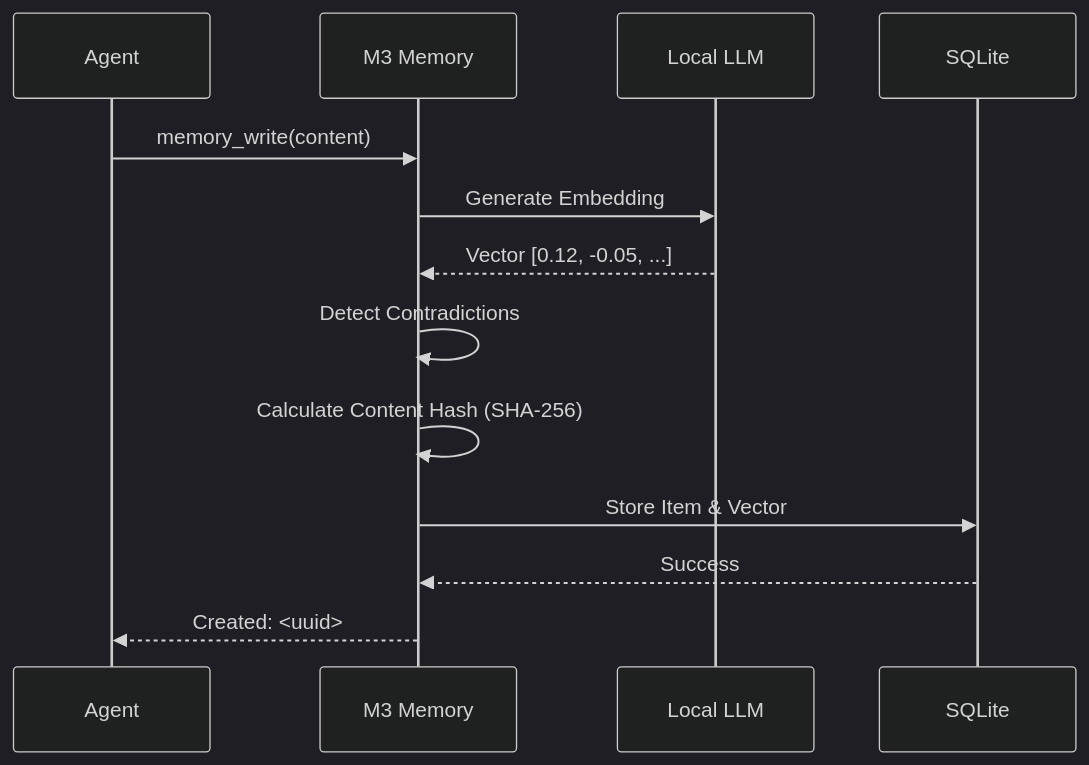
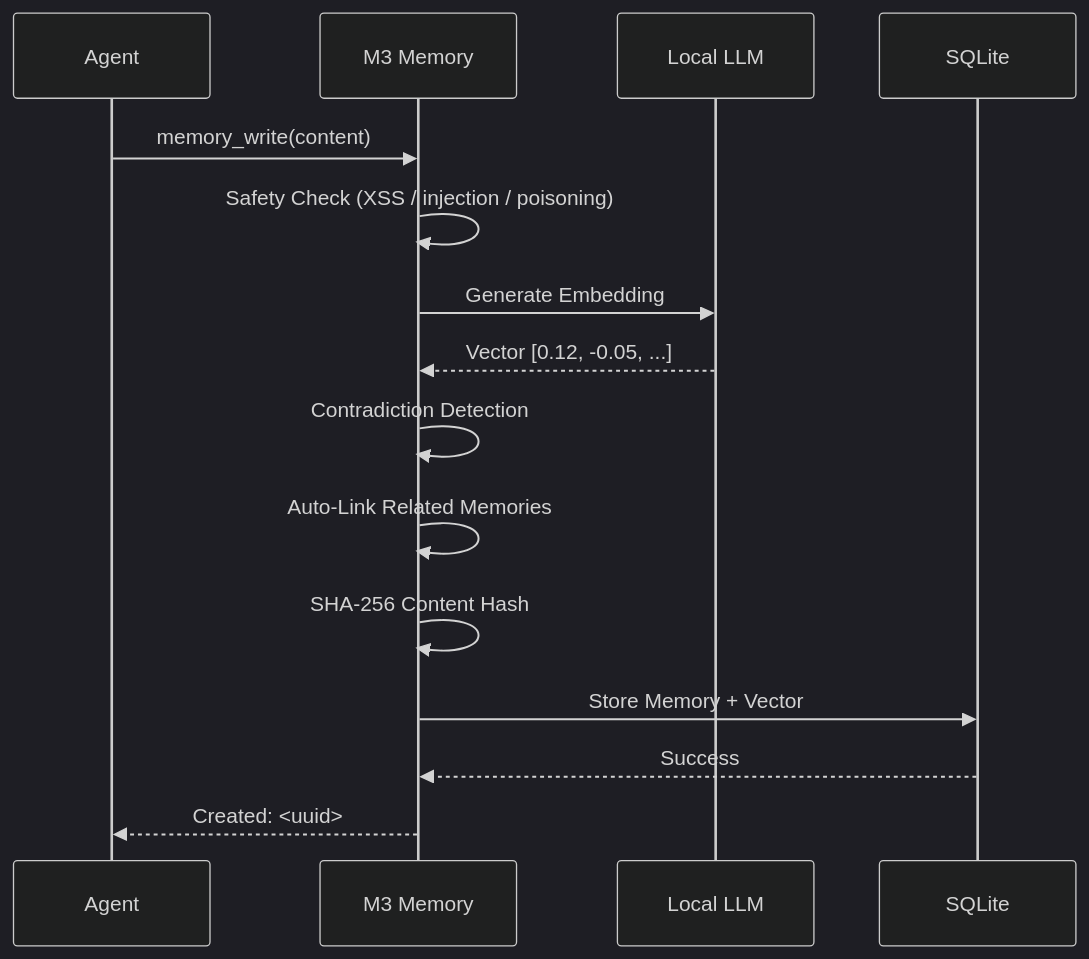
One commit to skynetcmd/m3-memory changed the second of 2 diagrams in README.md. Above: the diagram before and after it, drawn with Mermaid (dark theme). The commit also changed other lines of this file and 2 other files, not shown here.

````diff
--- a/README.md
+++ b/README.md
@@ -52,16 +78,18 @@
 ```mermaid
 sequenceDiagram
     participant A as Agent
     participant M as M3 Memory
     participant L as Local LLM
     participant S as SQLite
 
     A->>M: memory_write(content)
+    M->>M: Safety Check (XSS / injection / poisoning)
     M->>L: Generate Embedding
     L-->>M: Vector [0.12, -0.05, ...]
-    M->>M: Detect Contradictions
-    M->>M: Calculate Content Hash (SHA-256)
-    M->>S: Store Item & Vector
+    M->>M: Contradiction Detection
+    M->>M: Auto-Link Related Memories
+    M->>M: SHA-256 Content Hash
+    M->>S: Store Memory + Vector
     S-->>M: Success
     M-->>A: Created: <uuid>
 ```
````
